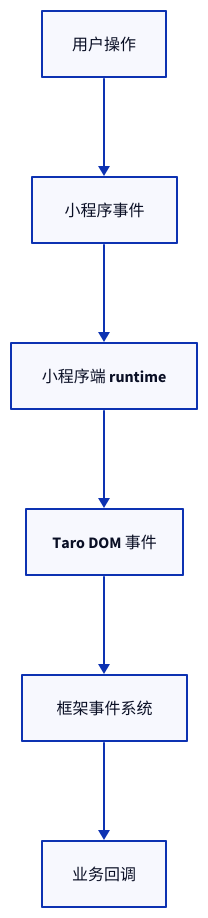
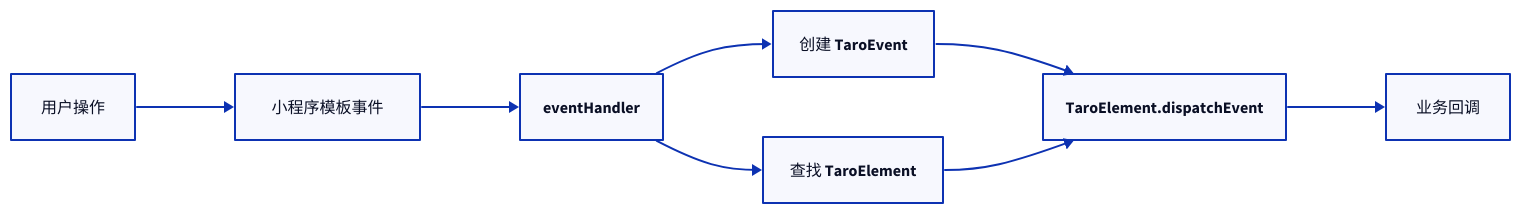
Before and after one commit to youngluo/thinking: the seventh of 8 diagrams in apps/docs/experiences/微信小程序/Taro 原理与实践.md, drawn with D2. The commit also changed other lines of this file and 3 other files, not shown here.

Commit message:
docs: polish Taro architecture article

````diff
--- a/apps/docs/experiences/微信小程序/Taro 原理与实践.md
+++ b/apps/docs/experiences/微信小程序/Taro 原理与实践.md
@@ -431,12 +450,19 @@
 ```d2
-direction: down
+direction: right
 
 user: 用户操作
-end_evt: 小程序事件
-end_rt: 小程序端 runtime
-taro_evt: Taro DOM 事件
-frm_evt: 框架事件系统
-handler: 业务回调
+template: 小程序模板事件
+entry: eventHandler
+node: 查找 TaroElement
+event: 创建 TaroEvent
+dispatch: "TaroElement.dispatchEvent"
+callback: 业务回调
 
-user -> end_evt -> end_rt -> taro_evt -> frm_evt -> handler
+user -> template
+template -> entry
+entry -> node
+entry -> event
+event -> dispatch
+node -> dispatch
+dispatch -> callback
 ```
````
